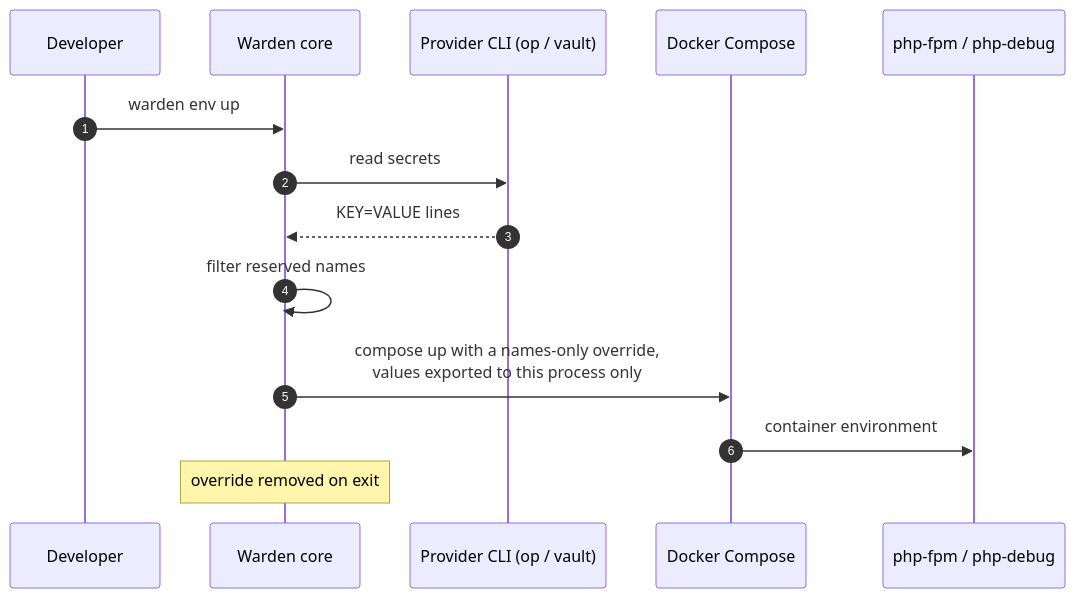
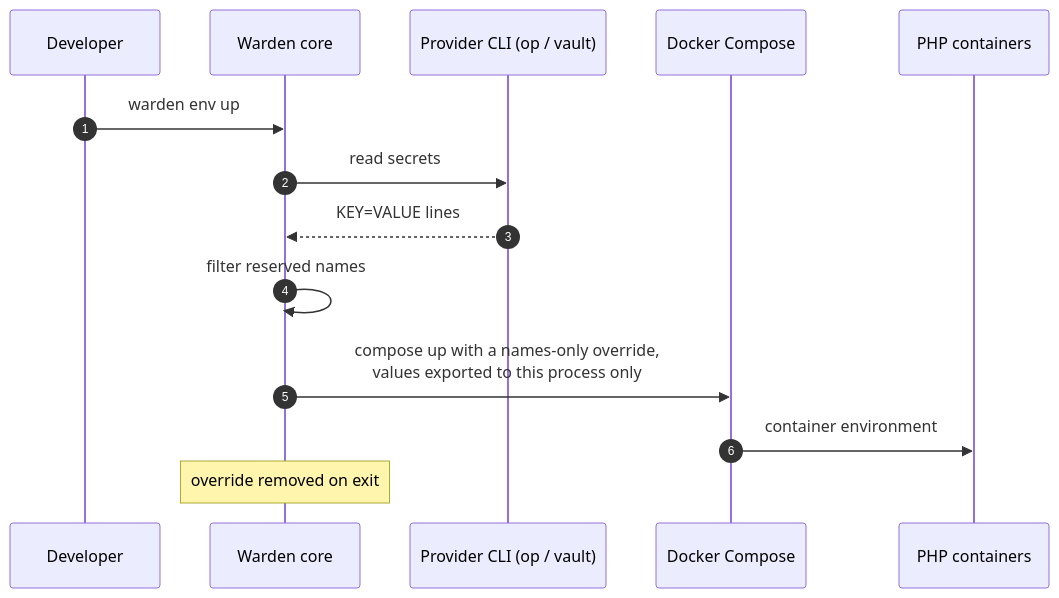
One commit to wardenenv/docs changed the first of 3 diagrams in configuration/secrets.md. Above: the diagram before and after it, drawn with Mermaid. The commit also changed other lines of this file, not shown here.

Commit message:
docs: cover host-reserved names, extra PHP services and 1Password masking

````diff
--- a/configuration/secrets.md
+++ b/configuration/secrets.md
@@ -9,17 +9,17 @@
 ```{mermaid}
 sequenceDiagram
     autonumber
     participant Dev as Developer
     participant Core as Warden core
     participant CLI as Provider CLI (op / vault)
     participant Compose as Docker Compose
-    participant PHP as php-fpm / php-debug
+    participant PHP as PHP containers
 
     Dev->>Core: warden env up
     Core->>CLI: read secrets
     CLI-->>Core: KEY=VALUE lines
     Core->>Core: filter reserved names
     Core->>Compose: compose up with a names-only override,<br>values exported to this process only
     Compose->>PHP: container environment
     Note over Core: override removed on exit
 ```
````
